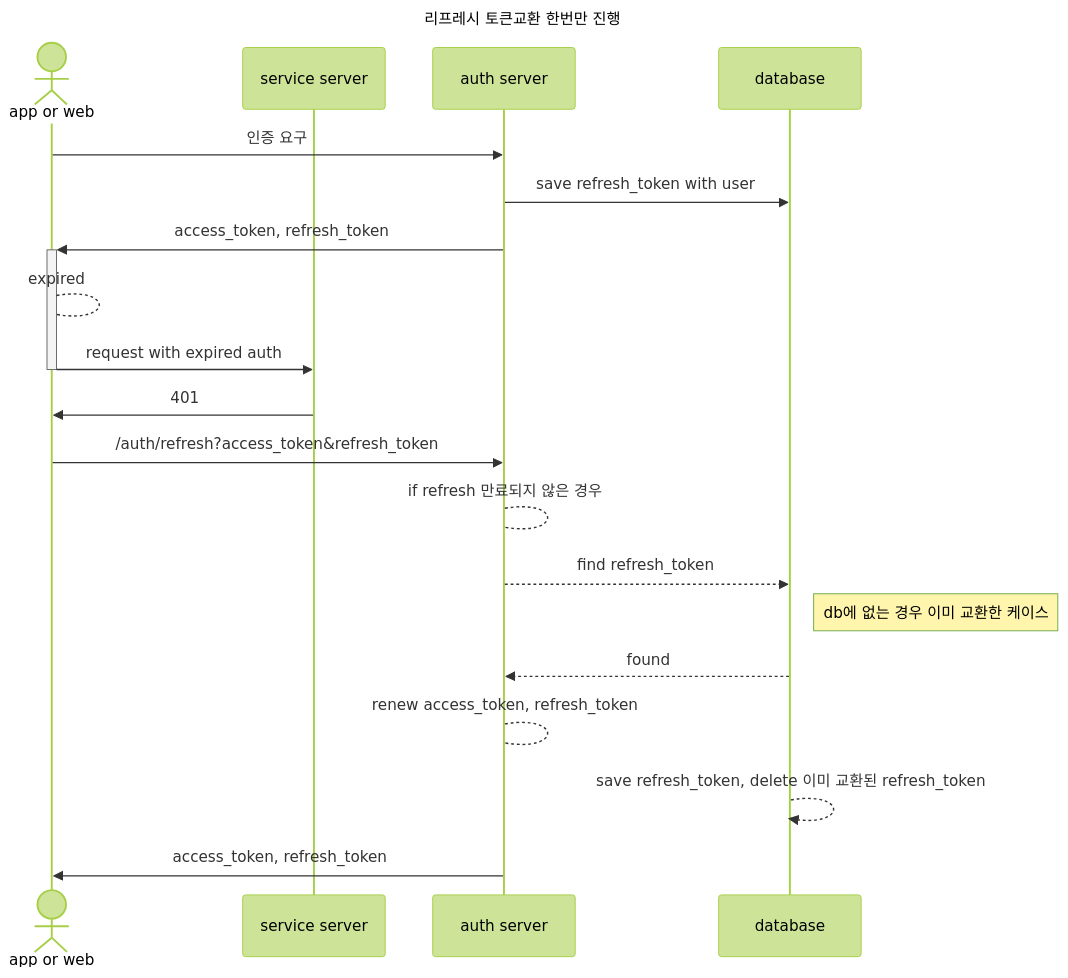
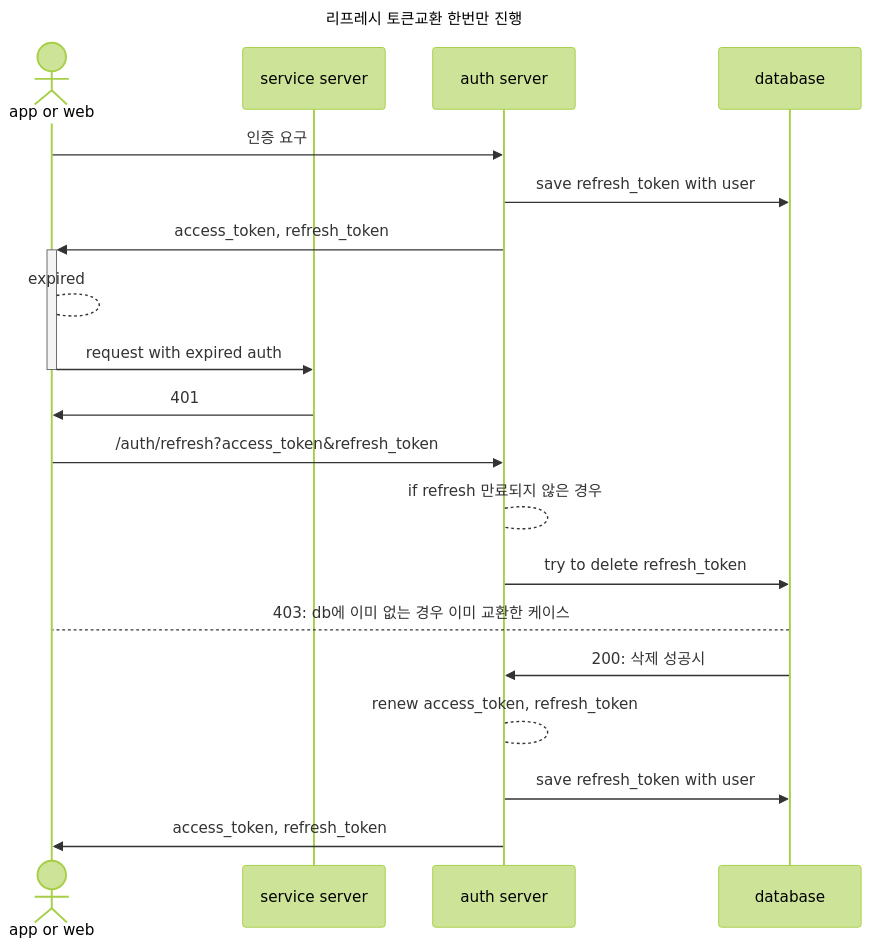
One commit to deptno/public-wiki changed the second of 2 diagrams in jwt.md. Above: the diagram before and after it, drawn with Mermaid (forest theme).

Commit message:
add flow

````diff
--- a/jwt.md
+++ b/jwt.md
@@ -44,23 +44,23 @@
 ```mermaid
 sequenceDiagram
   title: 리프레시 토큰교환 한번만 진행
   actor app as app or web
   participant service as service server
   participant auth as auth server
   participant db as database
 
   app ->> auth: 인증 요구
   auth ->> db: save refresh_token with user
   auth ->>+ app: access_token, refresh_token
   app --> app: expired
   app ->>- service: request with expired auth
   service ->> app: 401
   app ->> auth: /auth/refresh?access_token&refresh_token
   auth --> auth: if refresh 만료되지 않은 경우
-  auth -->> db: find refresh_token
-  note right of db: db에 없는 경우 이미 교환한 케이스
-  db -->> auth: found
-  auth --> auth: renew  access_token, refresh_token
-  db -->> db: save refresh_token, delete 이미 교환된 refresh_token
+  auth ->> db: try to delete refresh_token
+  db --> app: 403: db에 이미 없는 경우 이미 교환한 케이스
+  db ->> auth: 200: 삭제 성공시
+  auth --> auth: renew access_token, refresh_token
+  auth ->> db: save refresh_token with user
   auth ->> app: access_token, refresh_token
 ```
````
